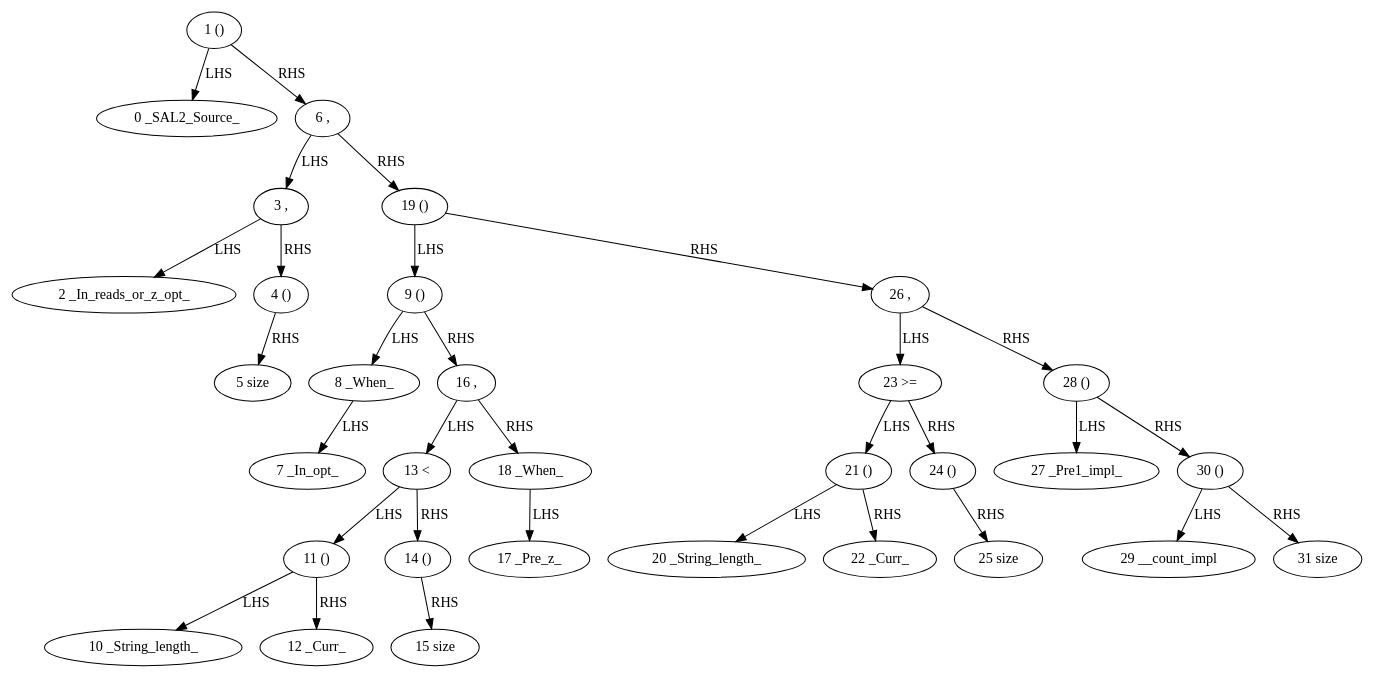
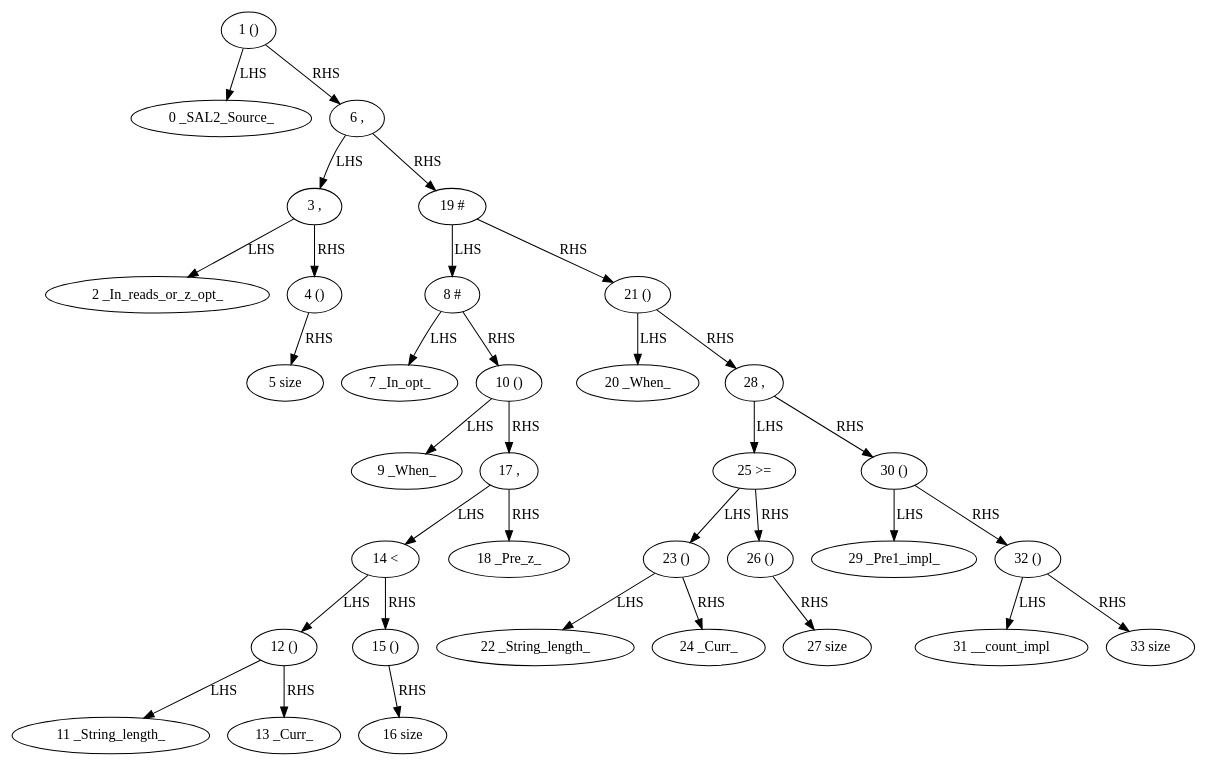
Before and after one commit to Thewbi/stm8_asm: the diagram in dot/preprocessor_tree.dot, drawn with Graphviz. The commit also changed 4 other files, not shown here.

```diff
--- a/dot/preprocessor_tree.dot
+++ b/dot/preprocessor_tree.dot
@@ -1,65 +1,69 @@
 digraph {
 1 [label="1 ()"]
 0 [label="0 _SAL2_Source_"]
 1 -> 0 [label="LHS"]
 6 [label="6 ,"]
 3 [label="3 ,"]
 2 [label="2 _In_reads_or_z_opt_"]
 3 -> 2 [label="LHS"]
 4 [label="4 ()"]
 5 [label="5 size"]
 4 -> 5 [label="RHS"]
 3 -> 4 [label="RHS"]
 6 -> 3 [label="LHS"]
-19 [label="19 ()"]
-9 [label="9 ()"]
-8 [label="8 _When_"]
+19 [label="19 #"]
+8 [label="8 #"]
 7 [label="7 _In_opt_"]
 8 -> 7 [label="LHS"]
-9 -> 8 [label="LHS"]
-16 [label="16 ,"]
-13 [label="13 <"]
-11 [label="11 ()"]
-10 [label="10 _String_length_"]
-11 -> 10 [label="LHS"]
-12 [label="12 _Curr_"]
-11 -> 12 [label="RHS"]
-13 -> 11 [label="LHS"]
-14 [label="14 ()"]
-15 [label="15 size"]
+10 [label="10 ()"]
+9 [label="9 _When_"]
+10 -> 9 [label="LHS"]
+17 [label="17 ,"]
+14 [label="14 <"]
+12 [label="12 ()"]
+11 [label="11 _String_length_"]
+12 -> 11 [label="LHS"]
+13 [label="13 _Curr_"]
+12 -> 13 [label="RHS"]
+14 -> 12 [label="LHS"]
+15 [label="15 ()"]
+16 [label="16 size"]
+15 -> 16 [label="RHS"]
 14 -> 15 [label="RHS"]
-13 -> 14 [label="RHS"]
-16 -> 13 [label="LHS"]
-18 [label="18 _When_"]
-17 [label="17 _Pre_z_"]
-18 -> 17 [label="LHS"]
-16 -> 18 [label="RHS"]
-9 -> 16 [label="RHS"]
-19 -> 9 [label="LHS"]
-26 [label="26 ,"]
-23 [label="23 >="]
+17 -> 14 [label="LHS"]
+18 [label="18 _Pre_z_"]
+17 -> 18 [label="RHS"]
+10 -> 17 [label="RHS"]
+8 -> 10 [label="RHS"]
+19 -> 8 [label="LHS"]
 21 [label="21 ()"]
-20 [label="20 _String_length_"]
+20 [label="20 _When_"]
 21 -> 20 [label="LHS"]
-22 [label="22 _Curr_"]
-21 -> 22 [label="RHS"]
-23 -> 21 [label="LHS"]
-24 [label="24 ()"]
-25 [label="25 size"]
-24 -> 25 [label="RHS"]
+28 [label="28 ,"]
+25 [label="25 >="]
+23 [label="23 ()"]
+22 [label="22 _String_length_"]
+23 -> 22 [label="LHS"]
+24 [label="24 _Curr_"]
 23 -> 24 [label="RHS"]
-26 -> 23 [label="LHS"]
-28 [label="28 ()"]
-27 [label="27 _Pre1_impl_"]
-28 -> 27 [label="LHS"]
+25 -> 23 [label="LHS"]
+26 [label="26 ()"]
+27 [label="27 size"]
+26 -> 27 [label="RHS"]
+25 -> 26 [label="RHS"]
+28 -> 25 [label="LHS"]
 30 [label="30 ()"]
-29 [label="29 __count_impl"]
+29 [label="29 _Pre1_impl_"]
 30 -> 29 [label="LHS"]
-31 [label="31 size"]
-30 -> 31 [label="RHS"]
+32 [label="32 ()"]
+31 [label="31 __count_impl"]
+32 -> 31 [label="LHS"]
+33 [label="33 size"]
+32 -> 33 [label="RHS"]
+30 -> 32 [label="RHS"]
 28 -> 30 [label="RHS"]
-26 -> 28 [label="RHS"]
-19 -> 26 [label="RHS"]
+21 -> 28 [label="RHS"]
+19 -> 21 [label="RHS"]
 6 -> 19 [label="RHS"]
 1 -> 6 [label="RHS"]
 }
```
